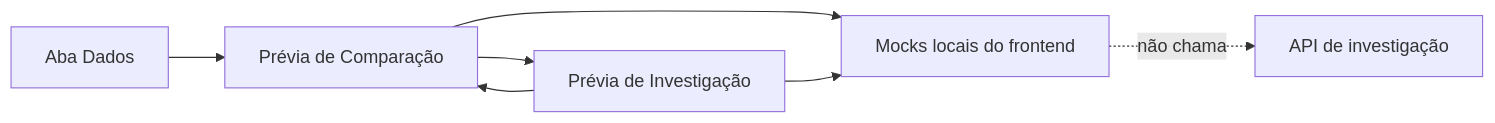
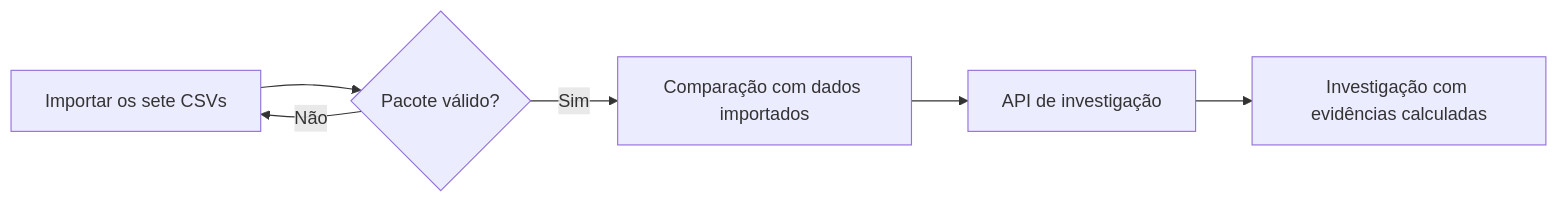
One commit to PaolaBiscaro/CSIMilho changed the third of 16 diagrams in PIPELINES.md. Above: the diagram before and after it, drawn with Mermaid. The commit also changed other lines of this file and 108 other files, not shown here.

````diff
--- a/PIPELINES.md
+++ b/PIPELINES.md
@@ -63,9 +63,8 @@
 ```mermaid
 flowchart LR
-    D["Aba Dados"] --> C["Prévia de Comparação"]
-    C --> I["Prévia de Investigação"]
-    I --> C
-    C --> M["Mocks locais do frontend"]
-    I --> M
-    M -. "não chama" .-> X["API de investigação"]
+    D["Importar os sete CSVs"] --> V{"Pacote válido?"}
+    V -- "Não" --> D
+    V -- "Sim" --> C["Comparação com dados importados"]
+    C --> A["API de investigação"]
+    A --> I["Investigação com evidências calculadas"]
 ```
````
